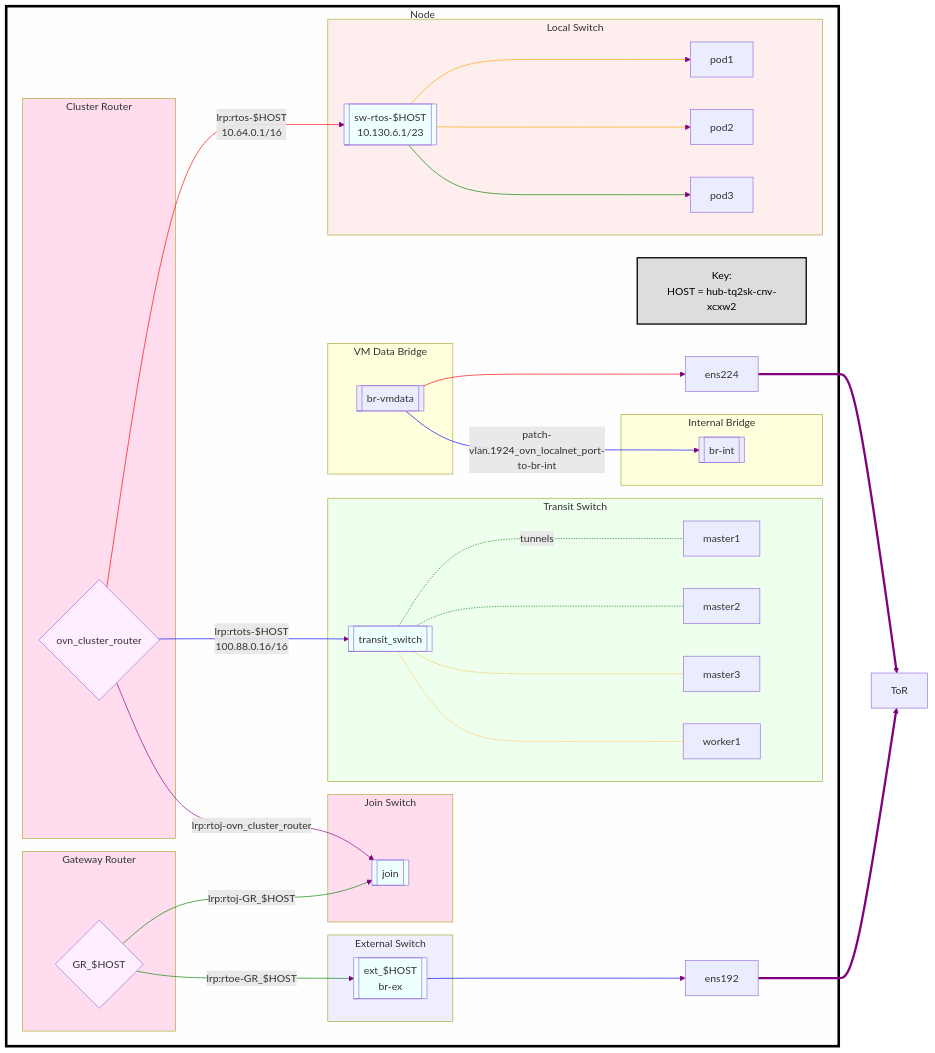
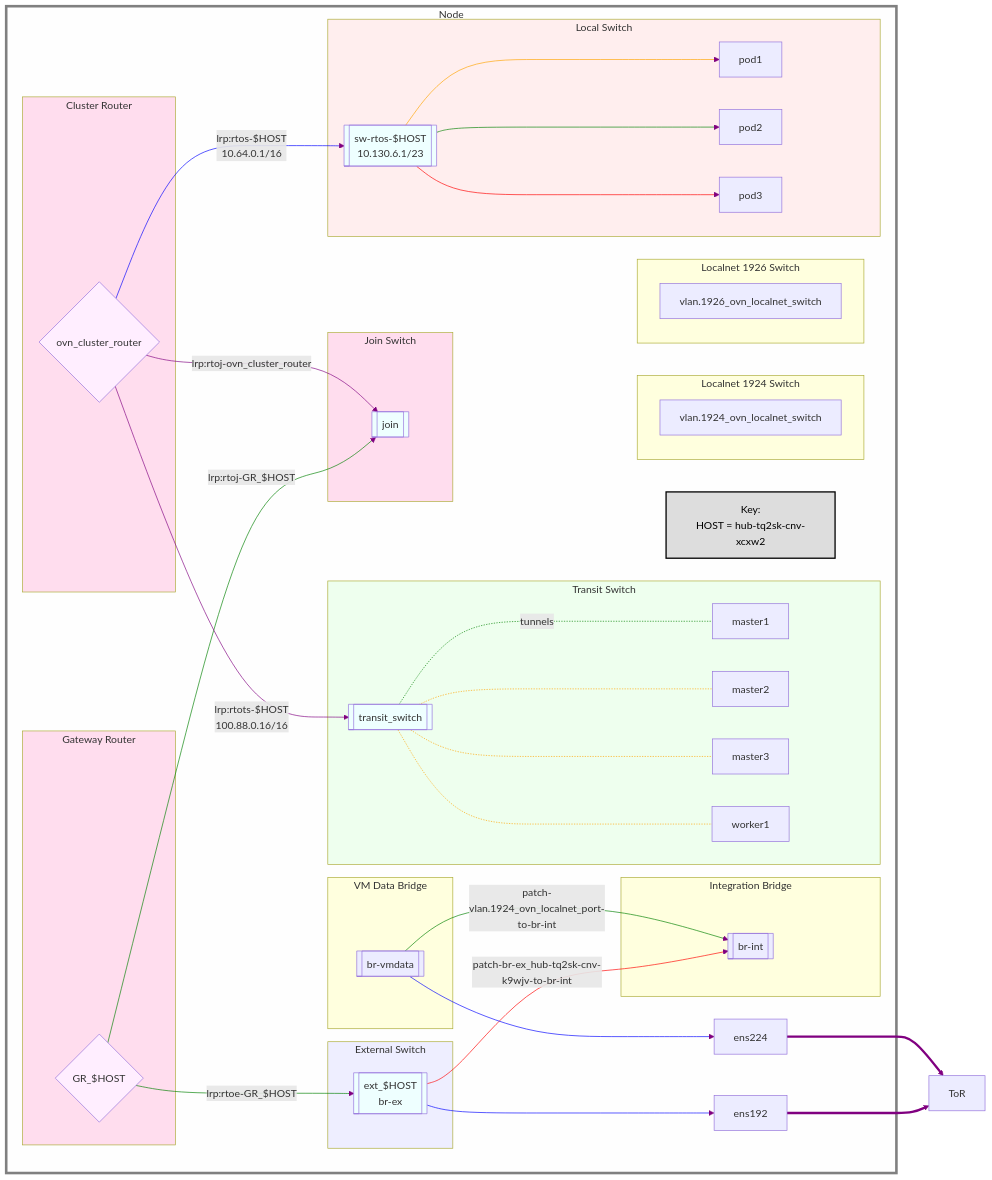
One commit to dlbewley/demo-virt changed the fifth of 5 diagrams in networking/diagram.md. Above: the diagram before and after it, drawn with Mermaid.

Commit message:
add localnet switches

```diff
--- a/networking/diagram.md
+++ b/networking/diagram.md
@@ -646,9 +646,10 @@
     sw-join[[join]]
   end
 
-  subgraph br-internal["Internal Bridge"]
+  subgraph br-internal["Integration Bridge"]
     br-int[[br-int]]
   end
+    sw-ext -- patch-br-ex_hub-tq2sk-cnv-k9wjv-to-br-int --> br-int
 
   br-vmdata --> nic-ens224
 
@@ -662,6 +663,14 @@
     rt-gw{"GR_$HOST"}
     rt-gw -- lrp:rtoj-GR_$HOST --> sw-join
     rt-gw -- lrp:rtoe-GR_$HOST --> sw-ext
+  end
+
+  subgraph sw-1924["Localnet 1924 Switch"]
+    vlan.1924_ovn_localnet_switch
+  end
+
+  subgraph sw-1926["Localnet 1926 Switch"]
+    vlan.1926_ovn_localnet_switch
   end
 
   subgraph transit["Transit Switch"]
@@ -690,7 +699,7 @@
   nic-ens192 ==> ToR
   nic-ens224 ==> ToR
 
-  classDef nodes fill:#fefefe, stroke:black, stroke-width:4
+  classDef nodes fill:#fefefe, stroke:grey, stroke-width:4
   class Node nodes
 
   classDef key fill:#ddd, color:black, stroke:black, stroke-width:2
```
